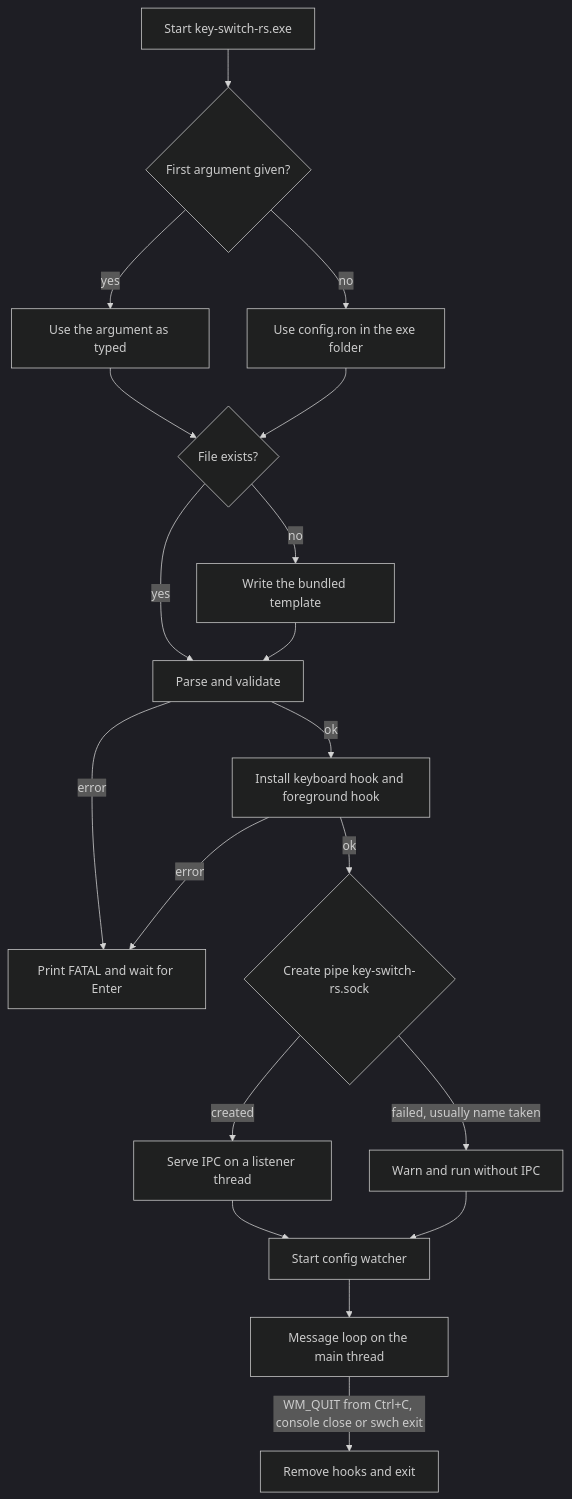
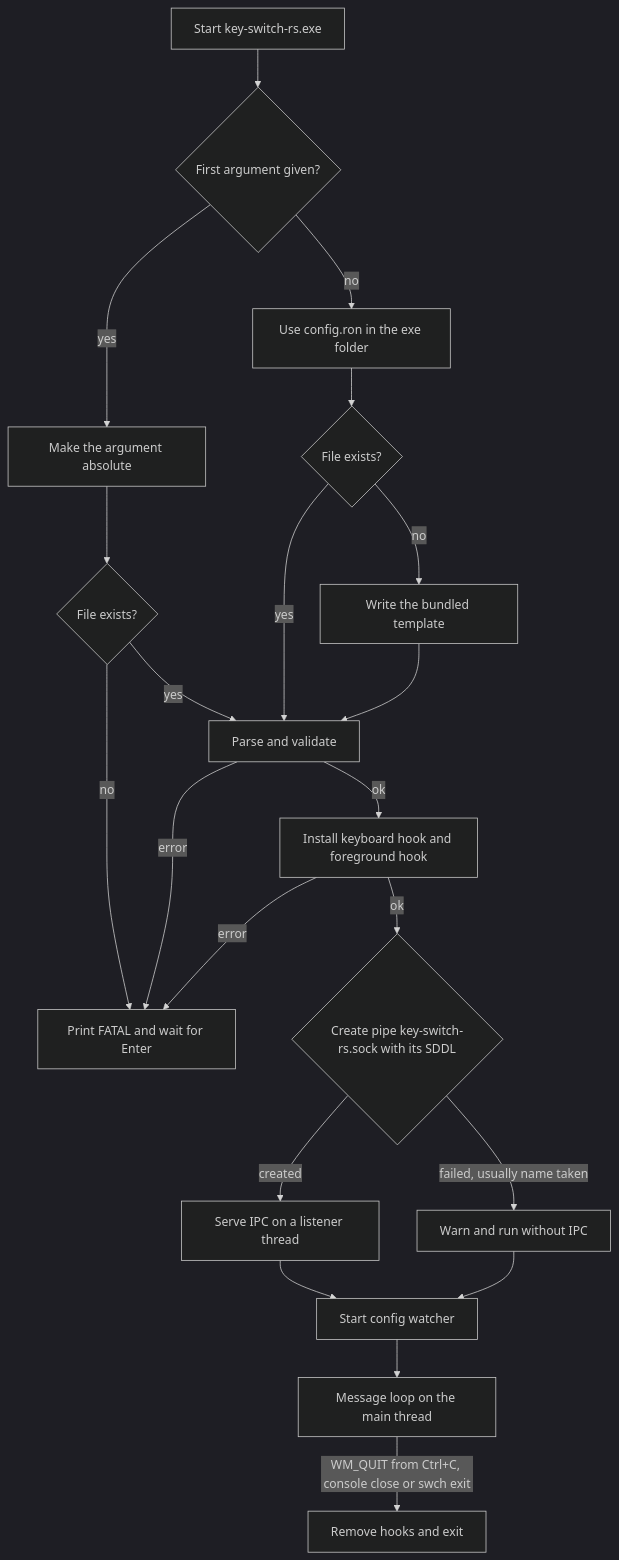
The first of 3 diagrams in book/src/build-and-run.md (bluesteelll/key-switch-rs), drawn with Mermaid (dark theme) before and after one commit. The commit also changed other lines of this file and 19 other files, not shown here.

First line of the commit message:
Book: describe master after roadmap Phase 0 (1dfd80a)

````diff
--- a/book/src/build-and-run.md
+++ b/book/src/build-and-run.md
@@ -91,21 +90,23 @@
 ```mermaid
 flowchart TD
     A["Start key-switch-rs.exe"] --> B{"First argument given?"}
-    B -->|yes| C["Use the argument as typed"]
+    B -->|yes| C["Make the argument absolute"]
     B -->|no| D["Use config.ron in the exe folder"]
     C --> E{"File exists?"}
-    D --> E
-    E -->|no| F["Write the bundled template"]
+    D --> E2{"File exists?"}
+    E -->|no| X["Print FATAL and wait for Enter"]
     E -->|yes| G["Parse and validate"]
+    E2 -->|no| F["Write the bundled template"]
+    E2 -->|yes| G
     F --> G
-    G -->|error| X["Print FATAL and wait for Enter"]
+    G -->|error| X
     G -->|ok| H["Install keyboard hook and foreground hook"]
     H -->|error| X
-    H -->|ok| I{"Create pipe key-switch-rs.sock"}
+    H -->|ok| I{"Create pipe key-switch-rs.sock with its SDDL"}
     I -->|created| J["Serve IPC on a listener thread"]
     I -->|"failed, usually name taken"| K["Warn and run without IPC"]
     J --> L["Start config watcher"]
     K --> L
     L --> M["Message loop on the main thread"]
     M -->|"WM_QUIT from Ctrl+C, console close or swch exit"| N["Remove hooks and exit"]
 ```
````
